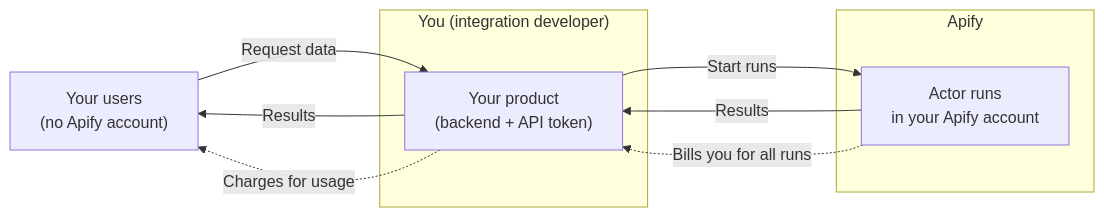
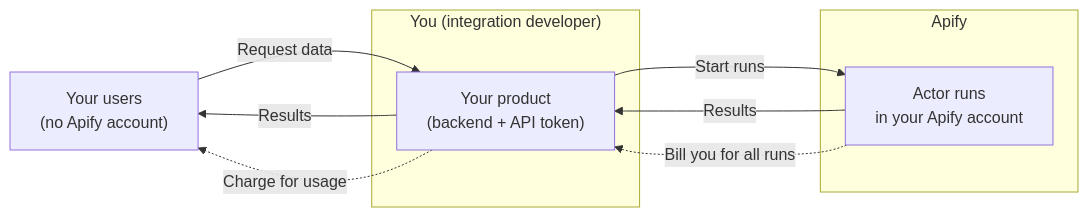
The diagram in sources/platform/integrations/integrate/whitelabel-access.md (apify/apify-docs), drawn with Mermaid before and after one commit. The commit also changed other lines of this file and 2 other files, not shown here.

````diff
--- a/sources/platform/integrations/integrate/whitelabel-access.md
+++ b/sources/platform/integrations/integrate/whitelabel-access.md
@@ -19,23 +21,23 @@
 ```mermaid
 flowchart LR
     accTitle: How whitelabel access works
     accDescr: Your users request data from your product. Your product starts Actor runs in your Apify account with your API token and passes the results back to your users. Apify bills you for all runs, and you charge your users for usage.
 
     users["Your users<br/>(no Apify account)"]
 
     subgraph you["You (integration developer)"]
         product["Your product<br/>(backend + API token)"]
     end
 
     subgraph apify["Apify"]
         runs["Actor runs<br/>in your Apify account"]
     end
 
     users -- "Request data" --> product
     product -- "Start runs" --> runs
     runs -- "Results" --> product
     product -- "Results" --> users
 
-    runs -. "Bills you for all runs" .-> product
-    product -. "Charges for usage" .-> users
+    runs -. "Bill you for all runs" .-> product
+    product -. "Charge for usage" .-> users
 ```
````
